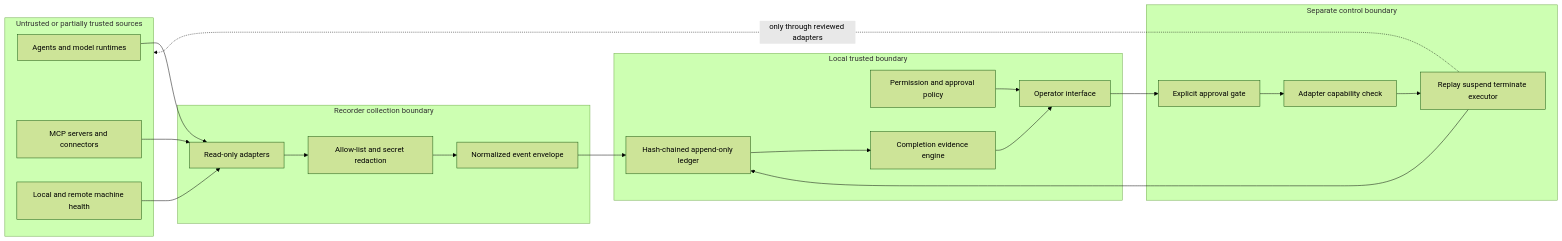
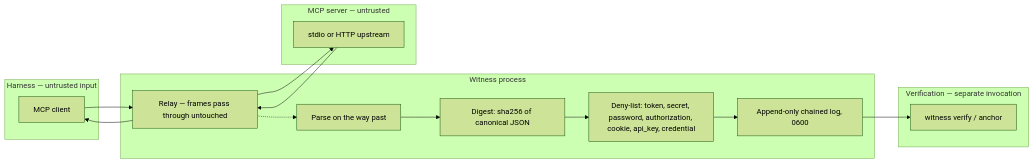
Before and after one commit to dark-vector-cognition/witness: the diagram in docs/THREAT_MODEL.md, drawn with Mermaid (forest theme). The commit also changed other lines of this file and 44 other files, not shown here.

First line of the commit message:
Split: Witness is now the recorder only — zero deps, npm-publishable, DCO

````diff
--- a/docs/THREAT_MODEL.md
+++ b/docs/THREAT_MODEL.md
@@ -17,34 +22,23 @@
 ```mermaid
 flowchart LR
-  subgraph U[Untrusted or partially trusted sources]
-    A[Agents and model runtimes]
-    M[MCP servers and connectors]
-    S[Local and remote machine health]
+  subgraph H[Harness — untrusted input]
+    C[MCP client]
   end
-  subgraph C[Recorder collection boundary]
-    R[Read-only adapters]
-    X[Allow-list and secret redaction]
-    N[Normalized event envelope]
+  subgraph W[Witness process]
+    R[Relay — frames pass through untouched]
+    P[Parse on the way past]
+    D[Digest: sha256 of canonical JSON]
+    X[Deny-list: token, secret, password, authorization, cookie, api_key, credential]
+    L[Append-only chained log, 0600]
   end
-  subgraph T[Local trusted boundary]
-    L[Hash-chained append-only ledger]
-    P[Permission and approval policy]
-    V[Completion evidence engine]
-    UI[Operator interface]
+  subgraph S[MCP server — untrusted]
+    M[stdio or HTTP upstream]
   end
-  subgraph K[Separate control boundary]
-    G[Explicit approval gate]
-    D[Adapter capability check]
-    E[Replay suspend terminate executor]
+  subgraph V[Verification — separate invocation]
+    K[witness verify / anchor]
   end
-
-  A --> R
-  M --> R
-  S --> R
-  R --> X --> N --> L
-  L --> V --> UI
-  P --> UI
-  UI --> G --> D --> E
-  E --> L
-  E -. only through reviewed adapters .-> U
+  C --> R --> M
+  M --> R --> C
+  R -.-> P --> D --> X --> L
+  L --> K
 ```
````
